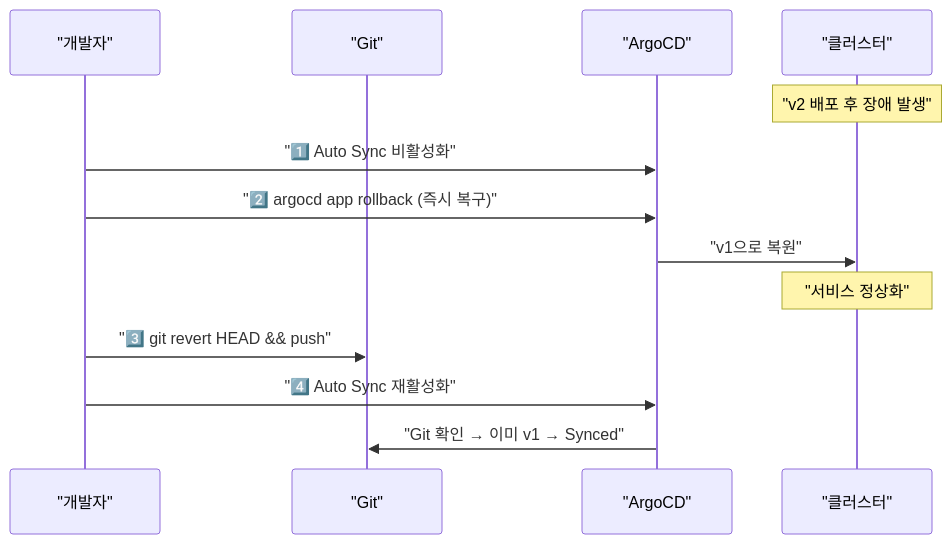
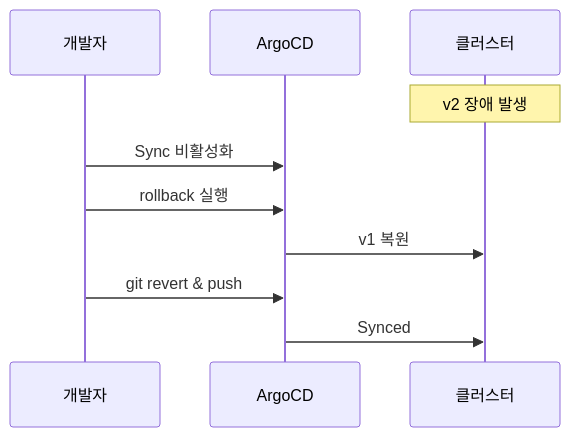
Before and after one commit to yjkim2015/yjkim2015.github.io: the seventh of 7 diagrams in _posts/cicd/2026-05-03-gitops-argocd.md, drawn with Mermaid. The commit also changed other lines of this file and 155 other files, not shown here.

First line of the commit message:
Mermaid 전면 수정: subgraph 제거, participant/노드/줄수 축소 (342블록)

````diff
--- a/_posts/cicd/2026-05-03-gitops-argocd.md
+++ b/_posts/cicd/2026-05-03-gitops-argocd.md
@@ -475,15 +467,12 @@
 ```mermaid
 sequenceDiagram
-    participant DEV as "개발자"
-    participant GIT as "Git"
-    participant ARGO as "ArgoCD"
-    participant K8S as "클러스터"
-    Note over K8S: "v2 배포 후 장애 발생"
-    DEV->>ARGO: "1️⃣ Auto Sync 비활성화"
-    DEV->>ARGO: "2️⃣ argocd app rollback (즉시 복구)"
-    ARGO->>K8S: "v1으로 복원"
-    Note over K8S: "서비스 정상화"
-    DEV->>GIT: "3️⃣ git revert HEAD && push"
-    DEV->>ARGO: "4️⃣ Auto Sync 재활성화"
-    ARGO->>GIT: "Git 확인 → 이미 v1 → Synced"
+    participant DEV as 개발자
+    participant ARGO as ArgoCD
+    participant K8S as 클러스터
+    Note over K8S: v2 장애 발생
+    DEV->>ARGO: Sync 비활성화
+    DEV->>ARGO: rollback 실행
+    ARGO->>K8S: v1 복원
+    DEV->>ARGO: git revert & push
+    ARGO->>K8S: Synced
 ```
````
